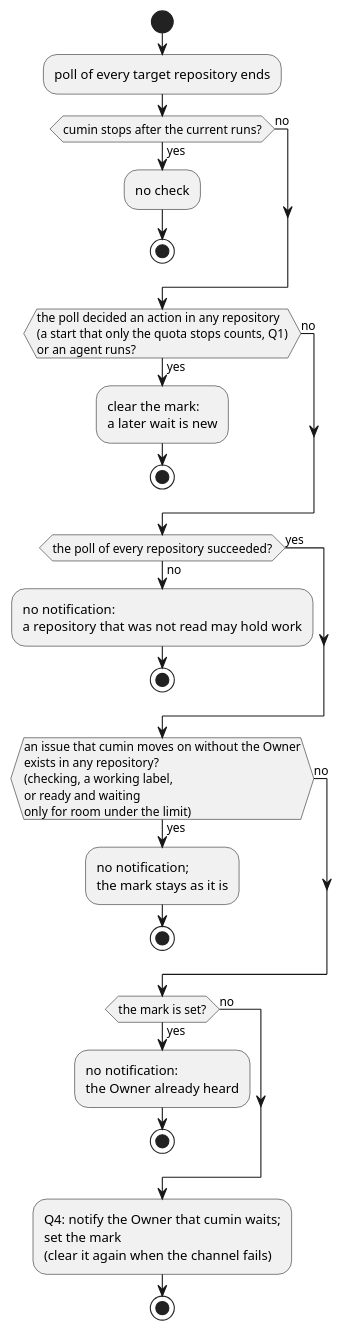
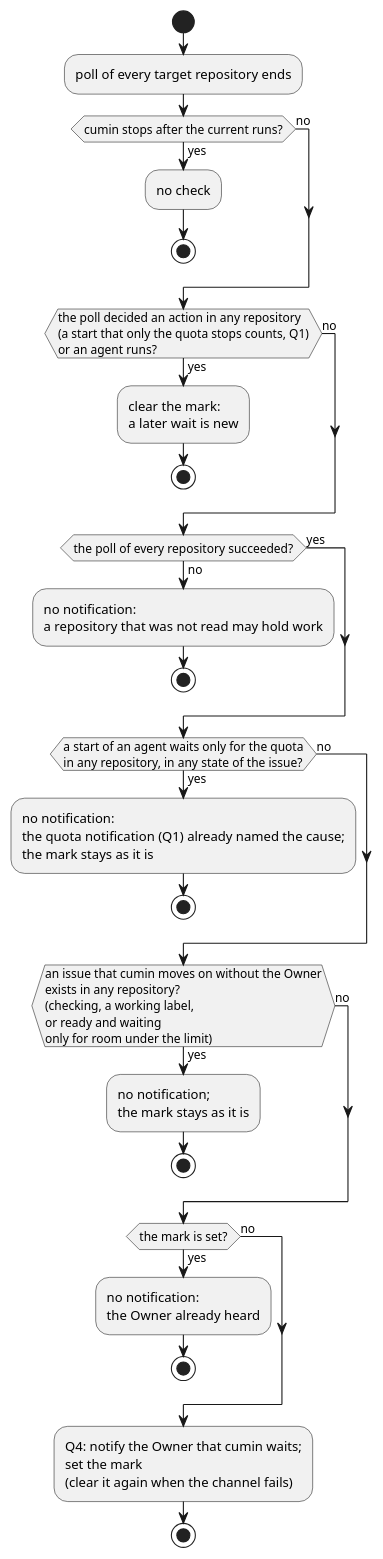
Before and after one commit to cloveclovedev/cumin-works: the diagram in docs/ja/designs/quota-waiting.puml, drawn with PlantUML. The commit also changed 7 other files, not shown here.

First line of the commit message:
feat(workflow): send no waiting notification while a start waits only for the quota (#573)

```diff
--- a/docs/ja/designs/quota-waiting.puml
+++ b/docs/ja/designs/quota-waiting.puml
@@ -1,37 +1,42 @@
 @startuml quota-waiting
 ' cumin works - the waiting check after a poll (Q4).
 ' Document: quota.md, section on how cumin avoids a repeated notification.
 ' Render: run scripts/render-diagrams.sh at the root of the repository.
 skinparam shadowing false
 skinparam defaultFontName sans-serif
 
 start
 :poll of every target repository ends;
 if (cumin stops after the current runs?) then (yes)
   :no check;
   stop
 else (no)
 endif
 if (the poll decided an action in any repository\n(a start that only the quota stops counts, Q1)\nor an agent runs?) then (yes)
   :clear the mark:\na later wait is new;
   stop
 else (no)
 endif
 if (the poll of every repository succeeded?) then (no)
   :no notification:\na repository that was not read may hold work;
   stop
 else (yes)
 endif
+if (a start of an agent waits only for the quota\nin any repository, in any state of the issue?) then (yes)
+  :no notification:\nthe quota notification (Q1) already named the cause;\nthe mark stays as it is;
+  stop
+else (no)
+endif
 if (an issue that cumin moves on without the Owner\nexists in any repository?\n(checking, a working label,\nor ready and waiting\nonly for room under the limit)) then (yes)
   :no notification;\nthe mark stays as it is;
   stop
 else (no)
 endif
 if (the mark is set?) then (yes)
   :no notification:\nthe Owner already heard;
   stop
 else (no)
 endif
 :Q4: notify the Owner that cumin waits;\nset the mark\n(clear it again when the channel fails);
 stop
 @enduml
```
